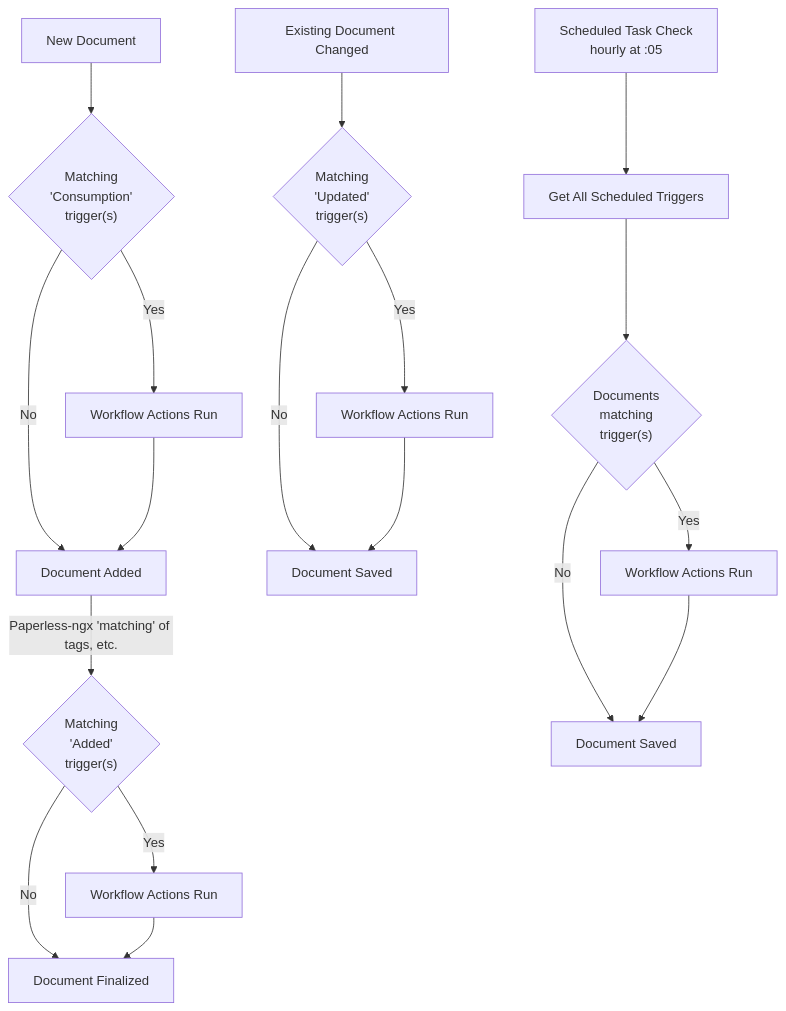
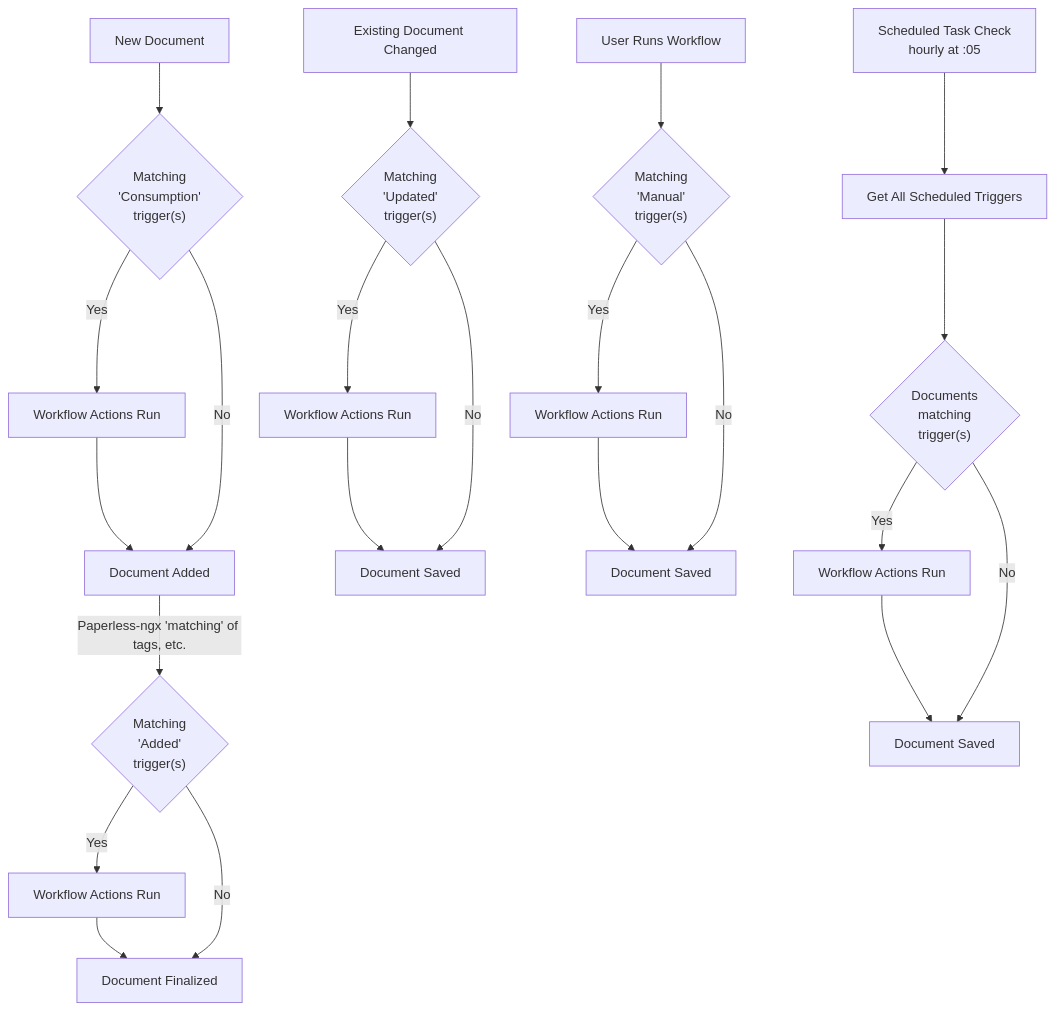
One commit to paperless-ngx/paperless-ngx changed the diagram in docs/usage.md. Above: the diagram before and after it, drawn with Mermaid. The commit also changed other lines of this file and 26 other files, not shown here.

Commit message:
Feature: manual workflow trigger (#14704)

````diff
--- a/docs/usage.md
+++ b/docs/usage.md
@@ -511,36 +513,44 @@
 ```mermaid
 flowchart TD
     consumption{"Matching
     'Consumption'
     trigger(s)"}
 
     added{"Matching
     'Added'
     trigger(s)"}
 
     updated{"Matching
     'Updated'
     trigger(s)"}
 
     scheduled{"Documents
     matching
+    trigger(s)"}
+
+    manual{"Matching
+    'Manual'
     trigger(s)"}
 
     A[New Document] --> consumption
     consumption --> |Yes| C[Workflow Actions Run]
     consumption --> |No| D
     C --> D[Document Added]
     D -- Paperless-ngx 'matching' of tags, etc. --> added
     added --> |Yes| F[Workflow Actions Run]
     added --> |No| G
     F --> G[Document Finalized]
     H[Existing Document Changed] --> updated
     updated --> |Yes| J[Workflow Actions Run]
     updated --> |No| K
     J --> K[Document Saved]
     L[Scheduled Task Check<br/>hourly at :05] --> M[Get All Scheduled Triggers]
     M --> scheduled
     scheduled --> |Yes| N[Workflow Actions Run]
     scheduled --> |No| O[Document Saved]
     N --> O
+    P[User Runs Workflow] --> manual
+    manual --> |Yes| Q[Workflow Actions Run]
+    manual --> |No| R[Document Saved]
+    Q --> R
 ```
````
